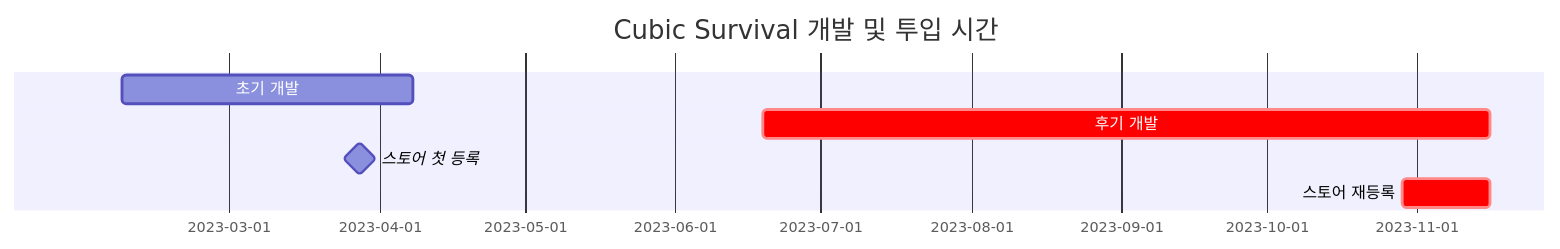
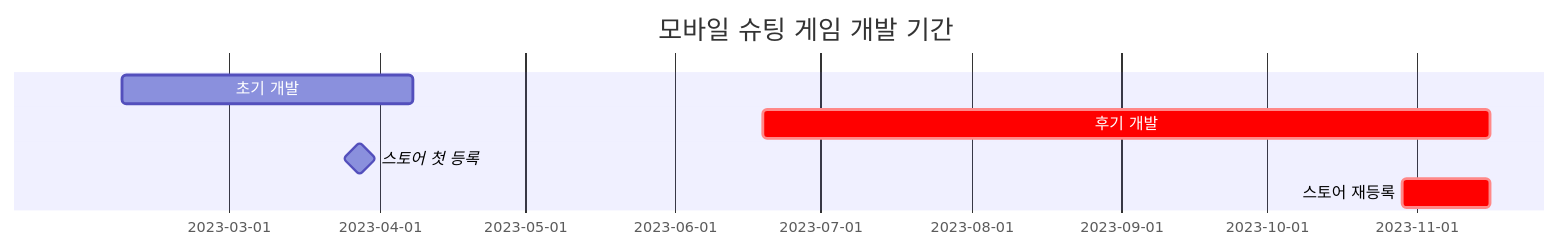
One commit to hyngng/hynrng.github.io changed the first of 2 diagrams in _posts/프로그래밍/마일스톤/2023-12-24-palette-developing.md. Above: the diagram before and after it, drawn with Mermaid. The commit also changed other lines of this file and 15 other files, not shown here.

````diff
--- a/_posts/프로그래밍/마일스톤/2023-12-24-palette-developing.md
+++ b/_posts/프로그래밍/마일스톤/2023-12-24-palette-developing.md
@@ -27,8 +28,8 @@
 ```mermaid
 gantt
-    title Cubic Survival 개발 및 투입 시간
+    title 모바일 슈팅 게임 개발 기간
     초기 개발: a1, 2023-02-07, 60d
     후기 개발: crit, 2023-06-19, 150d
     스토어 첫 등록: milestone, 2023-03-28, 0d
     스토어 재등록: crit, 2023-10-29, 18d
 ```
````
